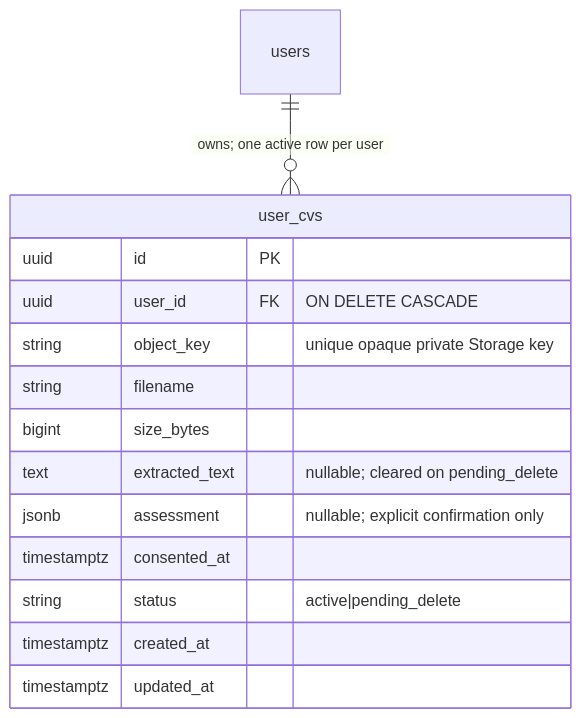
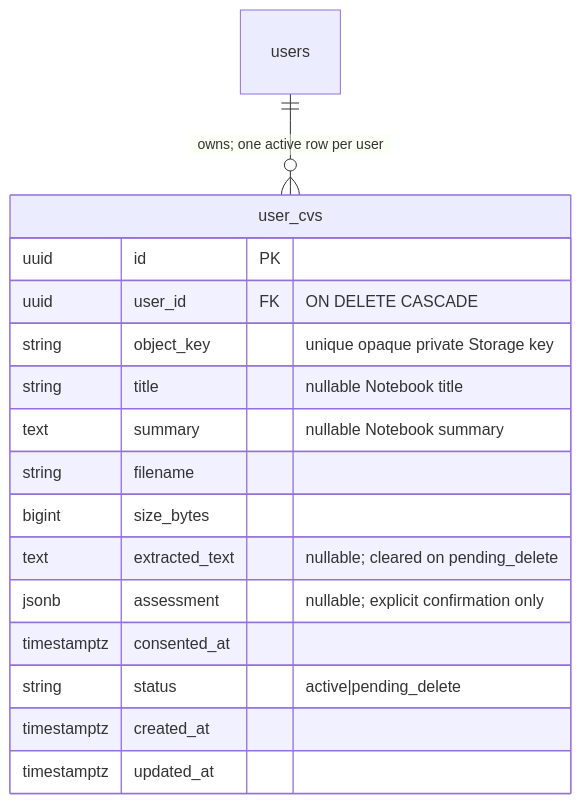
The fourth of 9 diagrams in docs/ERD.md (lancelotviendangkhoa710/KnowledgeHub_website), drawn with Mermaid before and after one commit. The commit also changed other lines of this file and 11 other files, not shown here.

````diff
--- a/docs/ERD.md
+++ b/docs/ERD.md
@@ -156,17 +156,19 @@
 ```mermaid
 erDiagram
     users ||--o{ user_cvs : "owns; one active row per user"
     user_cvs {
         uuid id PK
         uuid user_id FK "ON DELETE CASCADE"
         string object_key "unique opaque private Storage key"
+        string title "nullable Notebook title"
+        text summary "nullable Notebook summary"
         string filename
         bigint size_bytes
         text extracted_text "nullable; cleared on pending_delete"
         jsonb assessment "nullable; explicit confirmation only"
         timestamptz consented_at
         string status "active|pending_delete"
         timestamptz created_at
         timestamptz updated_at
     }
 ```
````
